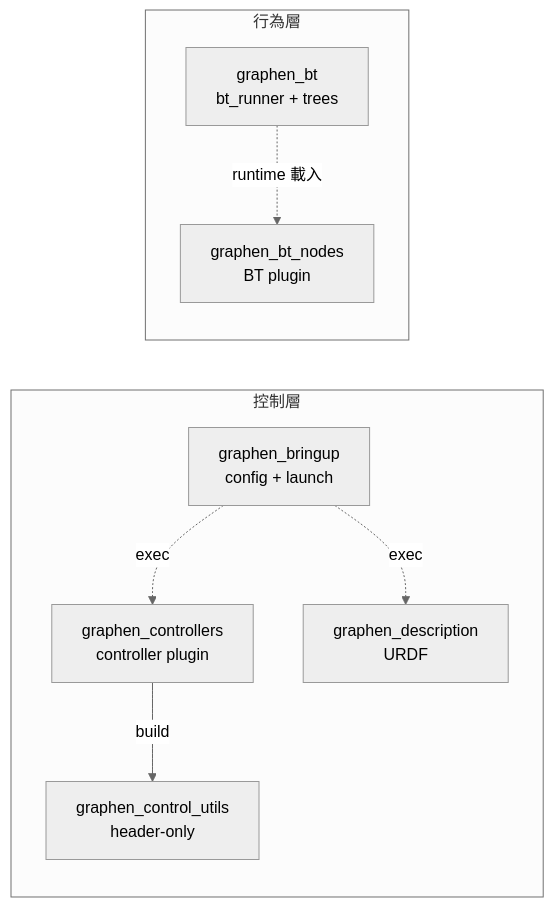
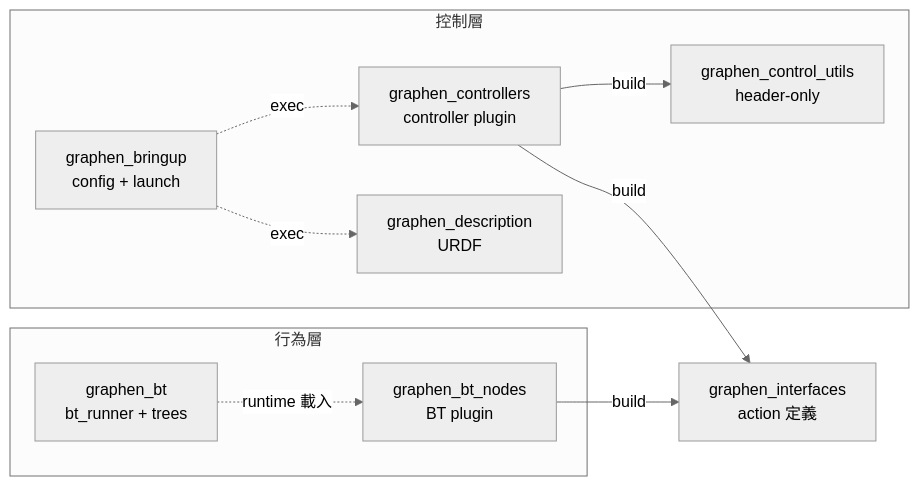
The first of 3 diagrams in docs/ARCHITECTURE.md (s40523122/graphen_controller), drawn with Mermaid (neutral theme) before and after one commit. The commit also changed other lines of this file and 24 other files, not shown here.

````diff
--- a/docs/ARCHITECTURE.md
+++ b/docs/ARCHITECTURE.md
@@ -19,17 +19,20 @@
 ```mermaid
 graph LR
+  ifaces[graphen_interfaces<br/>action 定義]
   subgraph 控制層
     utils[graphen_control_utils<br/>header-only]
     ctrl[graphen_controllers<br/>controller plugin]
     desc[graphen_description<br/>URDF]
     bringup[graphen_bringup<br/>config + launch]
   end
   subgraph 行為層
     btnodes[graphen_bt_nodes<br/>BT plugin]
     bt[graphen_bt<br/>bt_runner + trees]
   end
   ctrl -->|build| utils
+  ctrl -->|build| ifaces
+  btnodes -->|build| ifaces
   bringup -.->|exec| ctrl
   bringup -.->|exec| desc
   bt -.->|runtime 載入| btnodes
 ```
````
